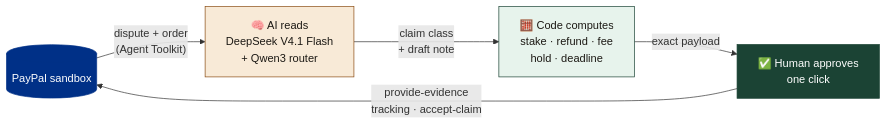
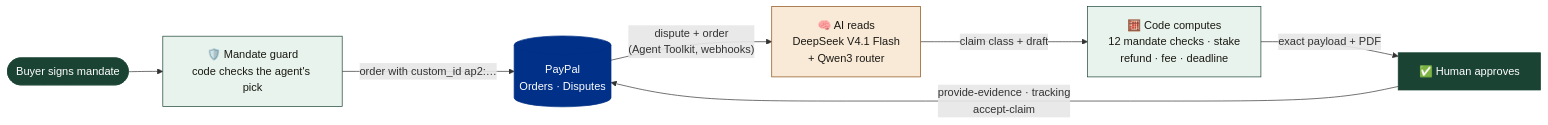
Before and after one commit to kishanraj41/mendcash: the diagram in README.md, drawn with Mermaid. The commit also changed other lines of this file and 6 other files, not shown here.

````diff
--- a/README.md
+++ b/README.md
@@ -103,16 +82,18 @@
 ```mermaid
 flowchart LR
-    PP[("PayPal sandbox")] -->|"dispute + order<br/>(Agent Toolkit)"| AI
-    AI["🧠 AI reads<br/>DeepSeek V4.1 Flash<br/>+ Qwen3 router"] -->|"claim class<br/>+ draft note"| CODE
-    CODE["🧮 Code computes<br/>stake · refund · fee<br/>hold · deadline"] -->|"exact payload"| YOU
-    YOU["✅ Human approves<br/>one click"] -->|"provide-evidence<br/>tracking · accept-claim"| PP
+    BUYER(["Buyer signs mandate"]) --> GUARD["🛡️ Mandate guard<br/>code checks the agent's pick"]
+    GUARD -->|"order with custom_id ap2:…"| PP[("PayPal<br/>Orders · Disputes")]
+    PP -->|"dispute + order<br/>(Agent Toolkit, webhooks)"| AI["🧠 AI reads<br/>DeepSeek V4.1 Flash<br/>+ Qwen3 router"]
+    AI -->|"claim class + draft"| CODE["🧮 Code computes<br/>12 mandate checks · stake<br/>refund · fee · deadline"]
+    CODE -->|"exact payload + PDF"| YOU["✅ Human approves"]
+    YOU -->|"provide-evidence · tracking<br/>accept-claim"| PP
 
     classDef paypal fill:#003087,stroke:#003087,color:#ffffff
     classDef ai fill:#f8ead7,stroke:#8a4b12,color:#1c1914
     classDef code fill:#e7f3ec,stroke:#1b4334,color:#1c1914
     classDef human fill:#1b4334,stroke:#1b4334,color:#ffffff
     class PP paypal
     class AI ai
-    class CODE code
-    class YOU human
+    class CODE,GUARD code
+    class YOU,BUYER human
 ```
````
